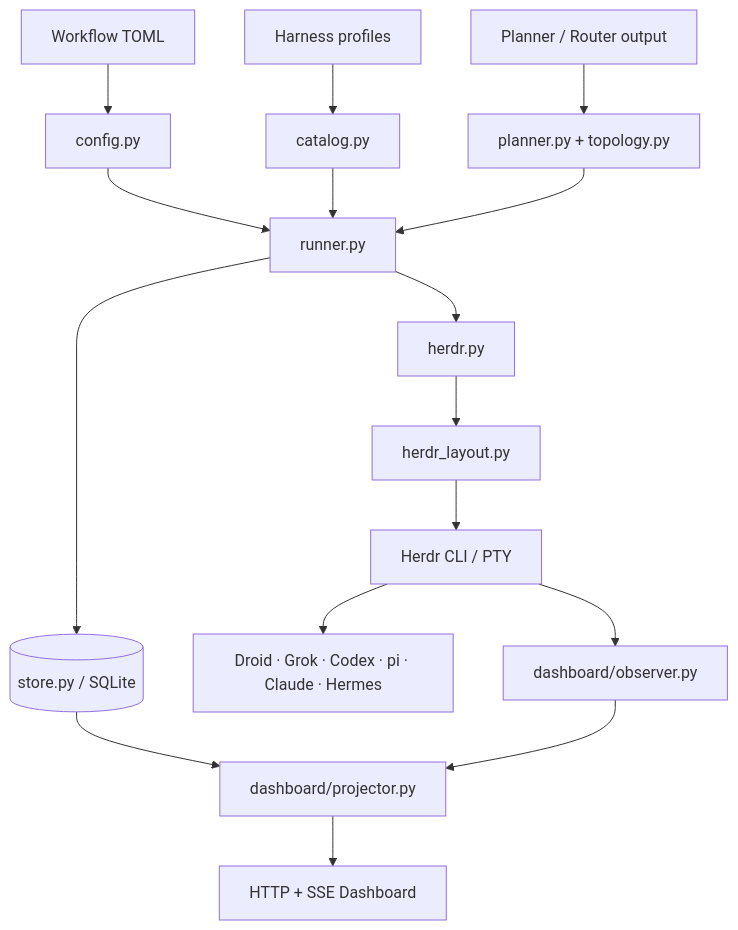
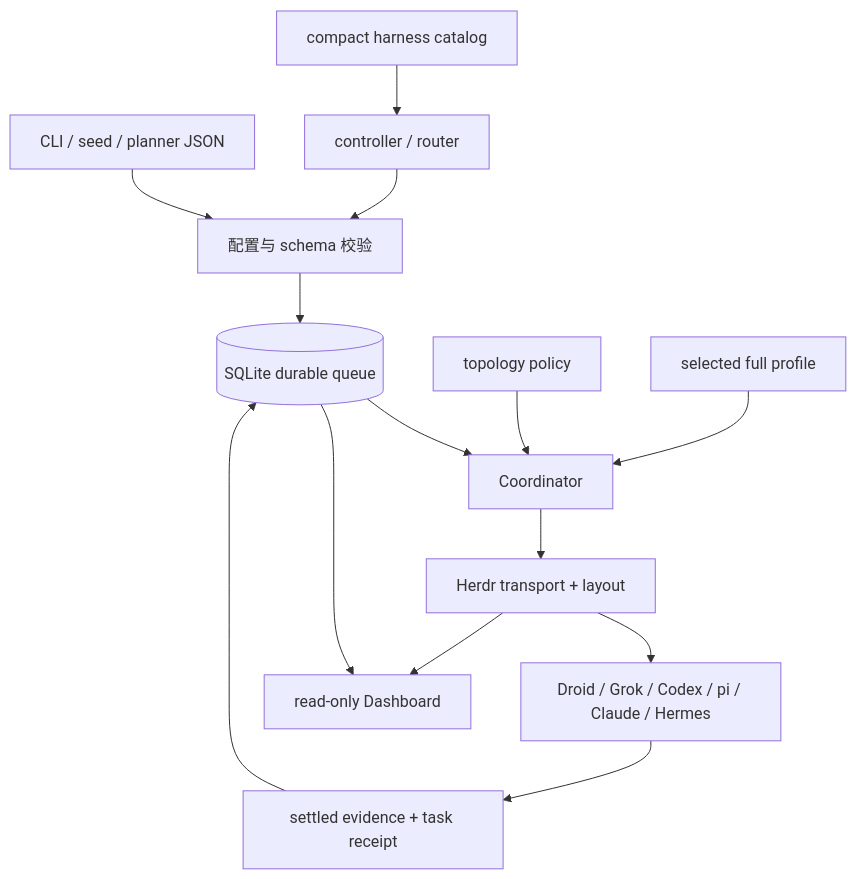
The first of 2 diagrams in droid-wiki/overview/architecture.md (oldwinter/herdr-orchestrator), drawn with Mermaid before and after one commit. The commit also changed other lines of this file and 62 other files, not shown here.

````diff
--- a/droid-wiki/overview/architecture.md
+++ b/droid-wiki/overview/architecture.md
@@ -8,18 +7,16 @@
 ```mermaid
 graph TD
-    TOML[Workflow TOML] --> Loader[config.py]
-    Profiles[Harness profiles] --> Catalog[catalog.py]
-    Loader --> Coordinator[runner.py]
-    Catalog --> Coordinator
-    Planner[Planner / Router output] --> Validator[planner.py + topology.py]
-    Validator --> Coordinator
-    Coordinator --> Store[(store.py / SQLite)]
-    Coordinator --> Transport[herdr.py]
-    Transport --> Layout[herdr_layout.py]
-    Layout --> Runtime[Herdr CLI / PTY]
-    Runtime --> Harnesses[Droid · Grok · Codex · pi · Claude · Hermes]
-    Store --> Projector[dashboard/projector.py]
-    Runtime --> Observer[dashboard/observer.py]
-    Observer --> Projector
-    Projector --> Web[HTTP + SSE Dashboard]
+    U[CLI / seed / planner JSON] --> V[配置与 schema 校验]
+    C[compact harness catalog] --> R[controller / router]
+    R --> V
+    V --> Q[(SQLite durable queue)]
+    Q --> O[Coordinator]
+    T[topology policy] --> O
+    P[selected full profile] --> O
+    O --> H[Herdr transport + layout]
+    H --> A[Droid / Grok / Codex / pi / Claude / Hermes]
+    A --> E[settled evidence + task receipt]
+    E --> Q
+    Q --> D[read-only Dashboard]
+    H --> D
 ```
````
